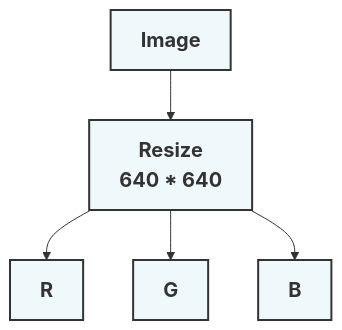
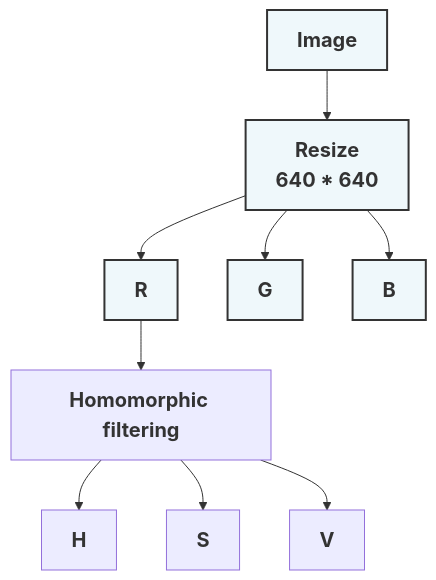
The second of 2 diagrams in Readme.md (201710808/-p), drawn with Mermaid before and after one commit.

````diff
--- a/Readme.md
+++ b/Readme.md
@@ -13,13 +13,18 @@
 ```mermaid
 graph
 A[<b><span style='font-size:20px'>Image</span></b>]-->B[<b><span style='font-size:20px'>Resize<br>640 * 640</span></b>]
 B-->C1[<b><span style='font-size:20px'>R</span></b>]
 B-->C2[<b><span style='font-size:20px'>G</span></b>]
 B-->C3[<b><span style='font-size:20px'>B</span></b>]
+C1-->D[<b><span style='font-size:20px'>Homomorphic filtering</span></b>]
+D-->E1[<b><span style='font-size:20px'>H</span></b>]
+D-->E2[<b><span style='font-size:20px'>S</span></b>]
+D-->E3[<b><span style='font-size:20px'>V</span></b>]
+
 
 style A fill:#EFF8FB ,stroke:#333,stroke-width:2px
 style B fill:#EFF8FB ,stroke:#333,stroke-width:2px
 style C1 fill:#EFF8FB ,stroke:#333,stroke-width:2px
 style C2 fill:#EFF8FB ,stroke:#333,stroke-width:2px
 style C3 fill:#EFF8FB ,stroke:#333,stroke-width:2px
 ```
````
